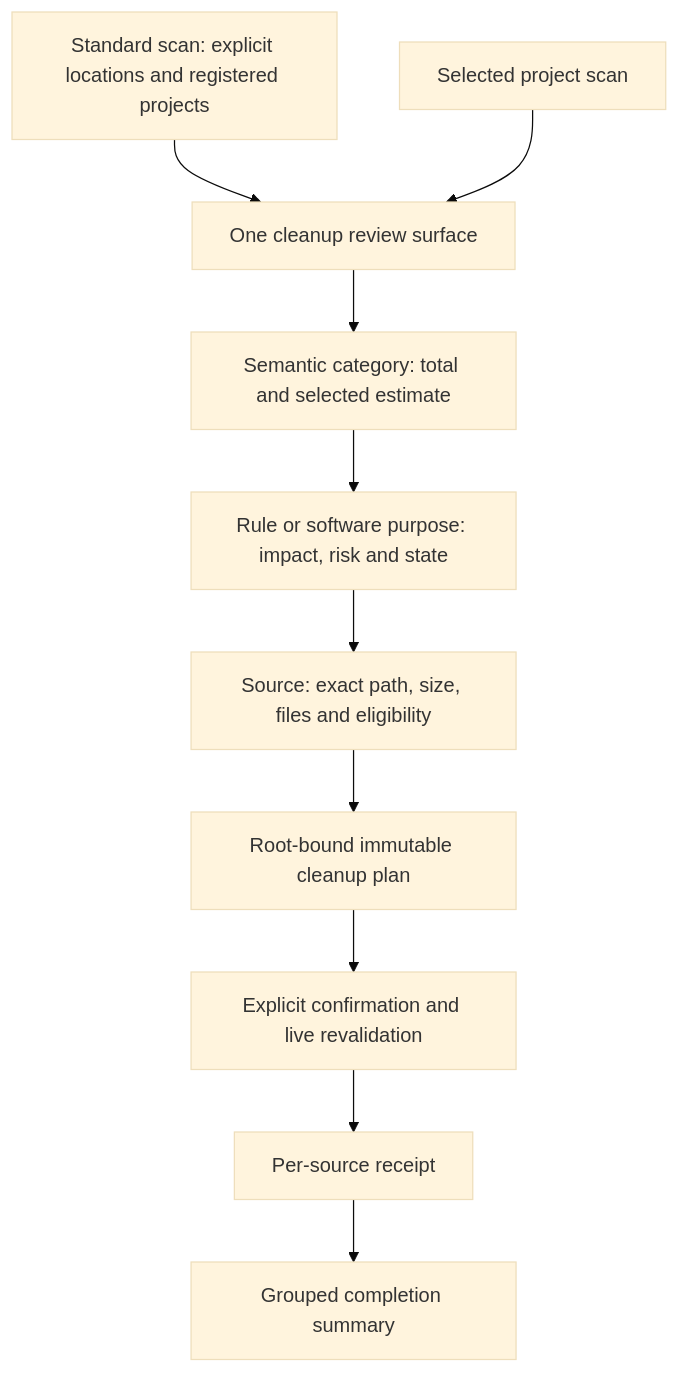
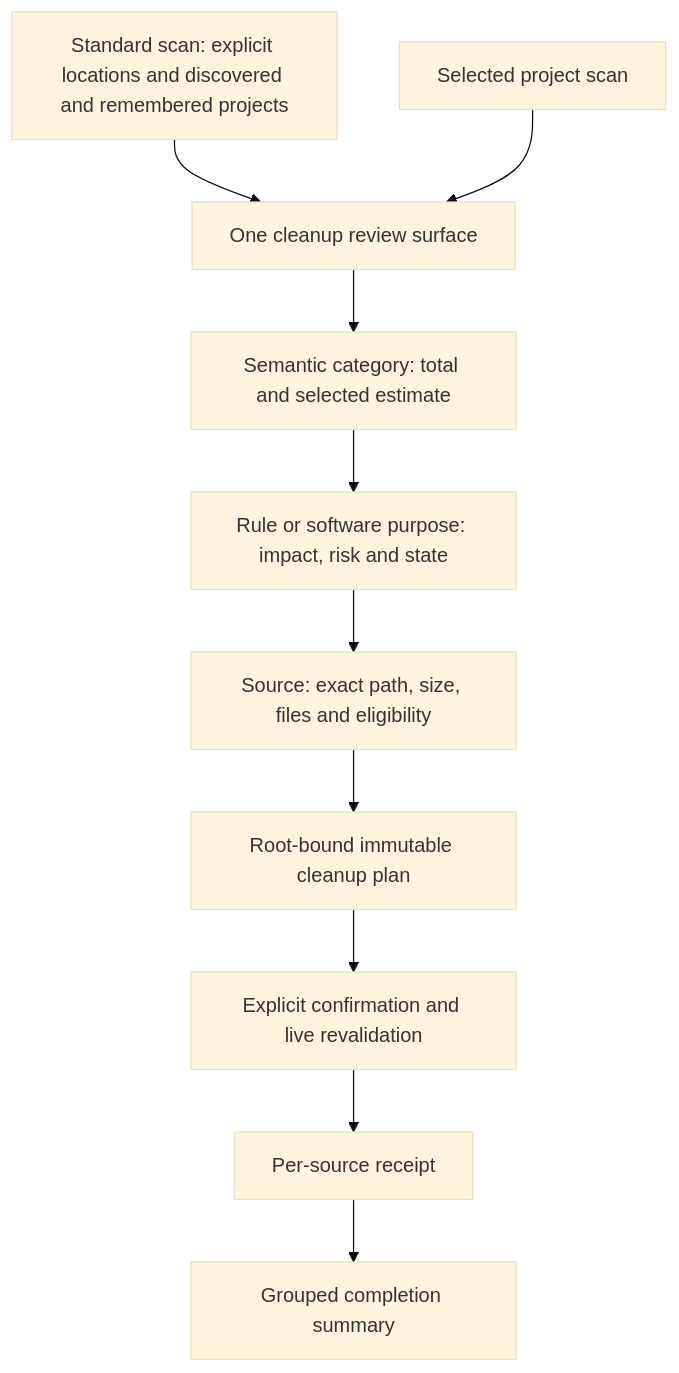
The diagram in docs/engineering/reference-design.md (limecloud/shou), drawn with Mermaid (base theme) before and after one commit. The commit also changed other lines of this file and 99 other files, not shown here.

````diff
--- a/docs/engineering/reference-design.md
+++ b/docs/engineering/reference-design.md
@@ -34,12 +34,12 @@
 ```mermaid
 flowchart TD
-    Standard[Standard scan: explicit locations and registered projects] --> Review[One cleanup review surface]
+    Standard[Standard scan: explicit locations and discovered and remembered projects] --> Review[One cleanup review surface]
     Projects[Selected project scan] --> Review
     Review --> Category[Semantic category: total and selected estimate]
     Category --> Rule[Rule or software purpose: impact, risk and state]
     Rule --> Source[Source: exact path, size, files and eligibility]
     Source --> Plan[Root-bound immutable cleanup plan]
     Plan --> Confirm[Explicit confirmation and live revalidation]
     Confirm --> Receipt[Per-source receipt]
     Receipt --> Summary[Grouped completion summary]
 ```
````
